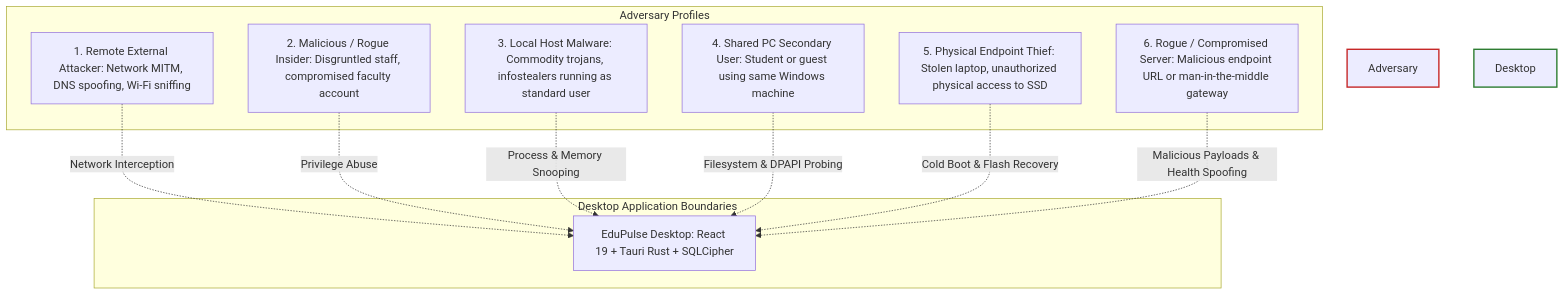
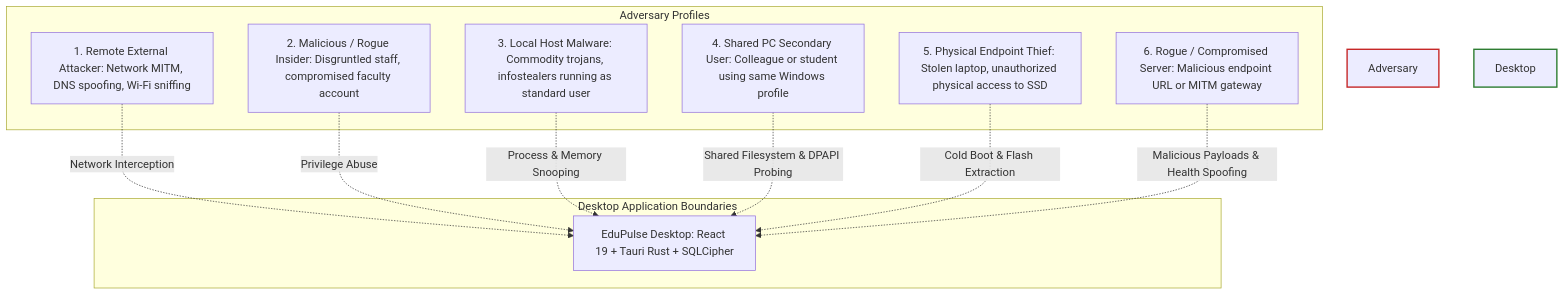
Before and after one commit to CodeTillEternity/Edupulse_ERP_desktop_v1.0: the first of 2 diagrams in docs/desktop-migration/day-02/08a-desktop-threat-model-and-trust-boundaries.md, drawn with Mermaid. The commit also changed other lines of this file and 4 other files, not shown here.

````diff
--- a/docs/desktop-migration/day-02/08a-desktop-threat-model-and-trust-boundaries.md
+++ b/docs/desktop-migration/day-02/08a-desktop-threat-model-and-trust-boundaries.md
@@ -33,25 +33,25 @@
 ```mermaid
 flowchart TD
     subgraph Adversary Profiles
         A1[1. Remote External Attacker: Network MITM, DNS spoofing, Wi-Fi sniffing]
         A2[2. Malicious / Rogue Insider: Disgruntled staff, compromised faculty account]
         A3[3. Local Host Malware: Commodity trojans, infostealers running as standard user]
-        A4[4. Shared PC Secondary User: Student or guest using same Windows machine]
+        A4[4. Shared PC Secondary User: Colleague or student using same Windows profile]
         A5[5. Physical Endpoint Thief: Stolen laptop, unauthorized physical access to SSD]
-        A6[6. Rogue / Compromised Server: Malicious endpoint URL or man-in-the-middle gateway]
+        A6[6. Rogue / Compromised Server: Malicious endpoint URL or MITM gateway]
     end
 
     subgraph Desktop Application Boundaries
         App[EduPulse Desktop: React 19 + Tauri Rust + SQLCipher]
     end
 
     A1 -.->|Network Interception| App
     A2 -.->|Privilege Abuse| App
     A3 -.->|Process & Memory Snooping| App
-    A4 -.->|Filesystem & DPAPI Probing| App
-    A5 -.->|Cold Boot & Flash Recovery| App
+    A4 -.->|Shared Filesystem & DPAPI Probing| App
+    A5 -.->|Cold Boot & Flash Extraction| App
     A6 -.->|Malicious Payloads & Health Spoofing| App
 
     style Adversary Profiles fill:#ffebee,stroke:#c62828,stroke-width:2px
     style Desktop Application Boundaries fill:#e8f5e9,stroke:#2e7d32,stroke-width:2px
 ```
````
